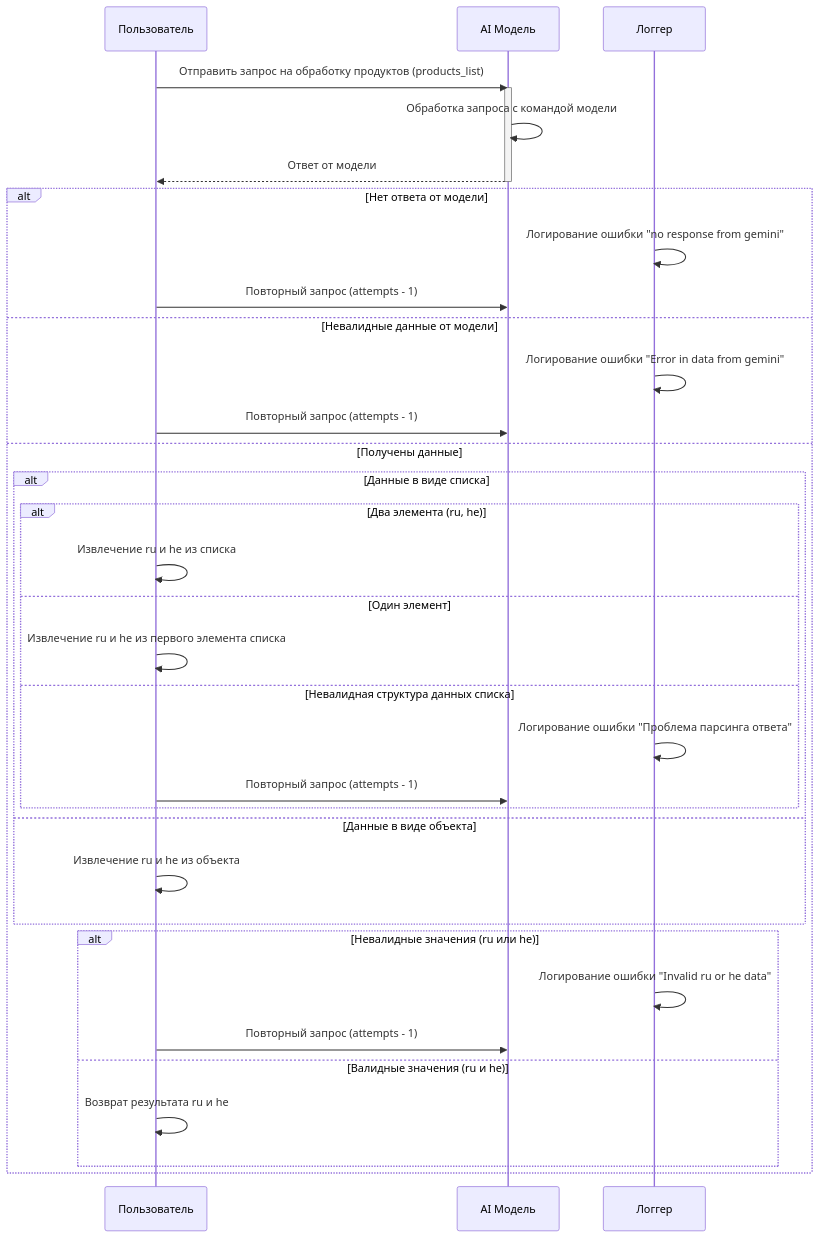
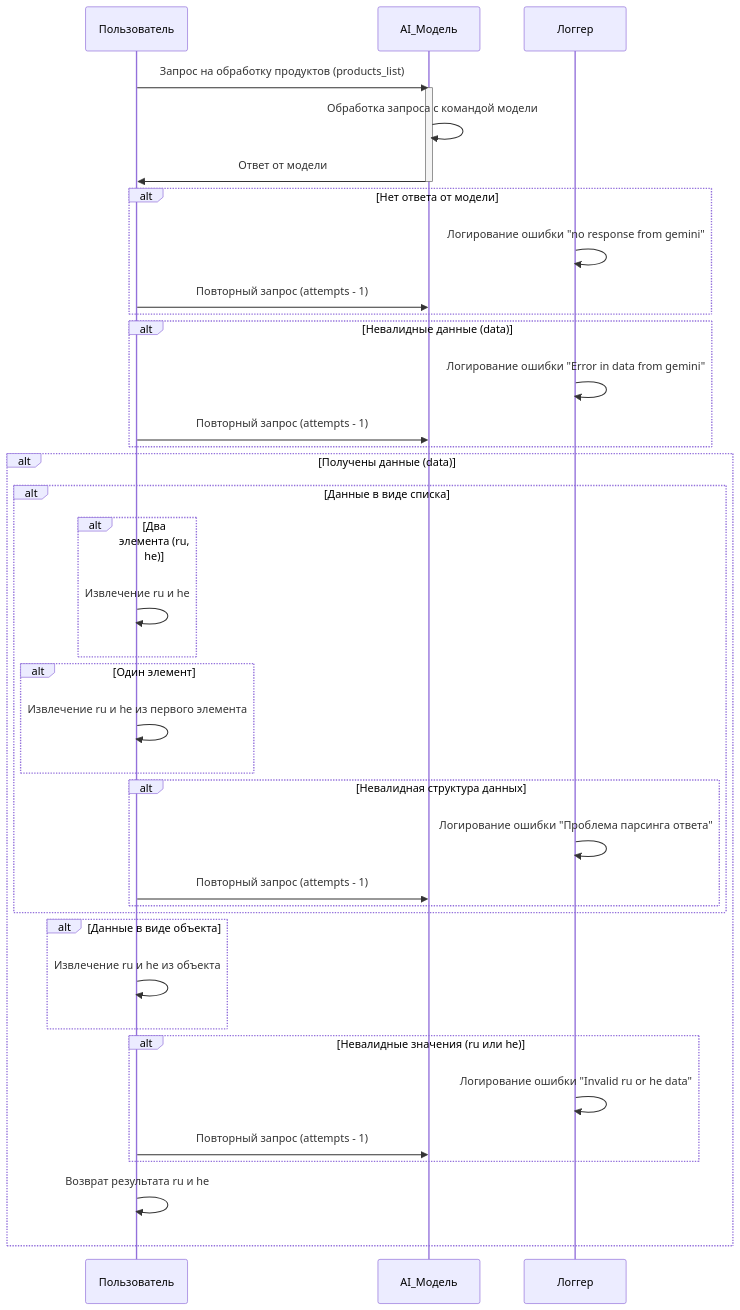
Before and after one commit to hypo69/hypo: the second of 2 diagrams in docs/gemini/ru/explainer/src/endpoints/kazarinov/scenarios/mermaid/scenario_picelist.process_ai.mmd.md, drawn with Mermaid. The commit also changed other lines of this file and 98 other files, not shown here.

````diff
--- a/docs/gemini/ru/explainer/src/endpoints/kazarinov/scenarios/mermaid/scenario_picelist.process_ai.mmd.md
+++ b/docs/gemini/ru/explainer/src/endpoints/kazarinov/scenarios/mermaid/scenario_picelist.process_ai.mmd.md
@@ -65,39 +81,48 @@
 ```mermaid
 sequenceDiagram
     participant User as Пользователь
-    participant AI_Model as AI Модель
+    participant AI_Model as AI_Модель
     participant Logger as Логгер
 
-    User->>AI_Model: Отправить запрос на обработку продуктов (products_list)
+    User->>AI_Model: Запрос на обработку продуктов (products_list)
     activate AI_Model
     AI_Model->>AI_Model: Обработка запроса с командой модели
-    AI_Model-->>User: Ответ от модели
+    AI_Model->>User: Ответ от модели
     deactivate AI_Model
 
     alt Нет ответа от модели
         Logger->>Logger: Логирование ошибки "no response from gemini"
         User->>AI_Model: Повторный запрос (attempts - 1)
-    else Невалидные данные от модели
+    end
+
+    alt Невалидные данные (data)
         Logger->>Logger: Логирование ошибки "Error in data from gemini"
         User->>AI_Model: Повторный запрос (attempts - 1)
-    else Получены данные
+    end
+
+    alt Получены данные (data)
         alt Данные в виде списка
             alt Два элемента (ru, he)
-                User->>User: Извлечение ru и he из списка
-            else Один элемент
-                User->>User: Извлечение ru и he из первого элемента списка
-            else Невалидная структура данных списка
+                User->>User: Извлечение ru и he
+            end
+            alt Один элемент
+                User->>User: Извлечение ru и he из первого элемента
+            end
+            alt Невалидная структура данных
                 Logger->>Logger: Логирование ошибки "Проблема парсинга ответа"
                 User->>AI_Model: Повторный запрос (attempts - 1)
             end
-        else Данные в виде объекта
+        end
+
+        alt Данные в виде объекта
             User->>User: Извлечение ru и he из объекта
         end
+
         alt Невалидные значения (ru или he)
             Logger->>Logger: Логирование ошибки "Invalid ru or he data"
             User->>AI_Model: Повторный запрос (attempts - 1)
-        else Валидные значения (ru и he)
-            User->>User: Возврат результата ru и he
         end
+
+        User->>User: Возврат результата ru и he
     end
 ```
````
